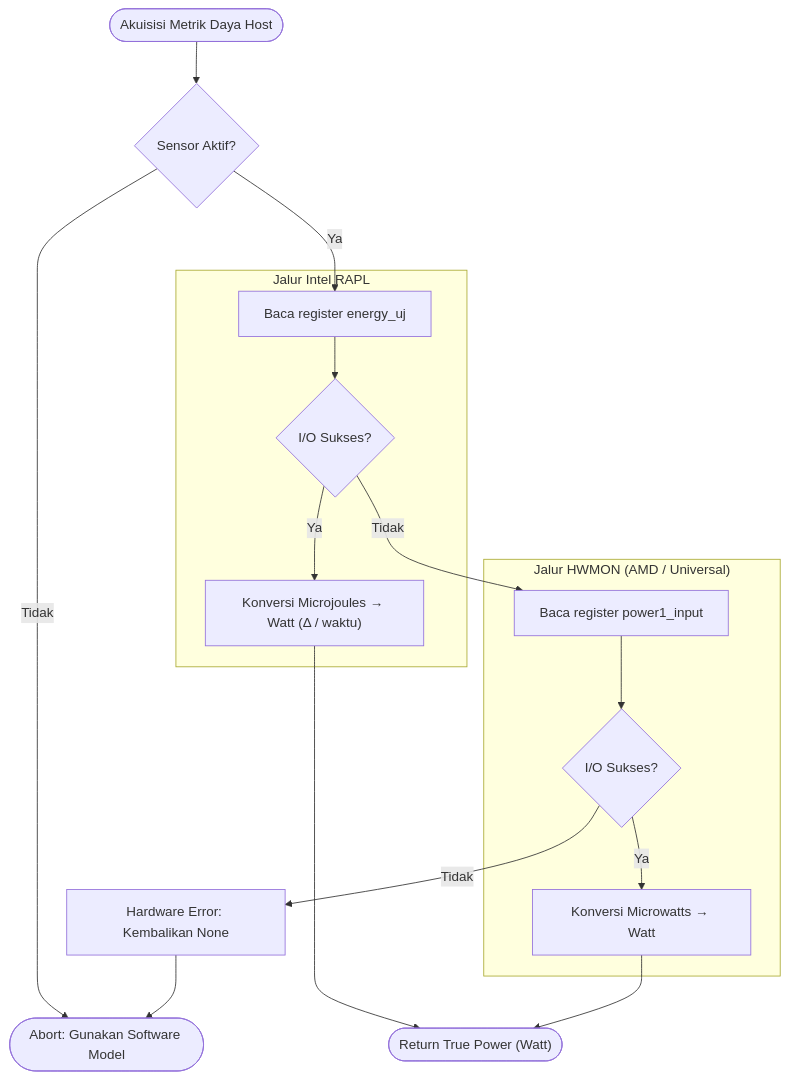
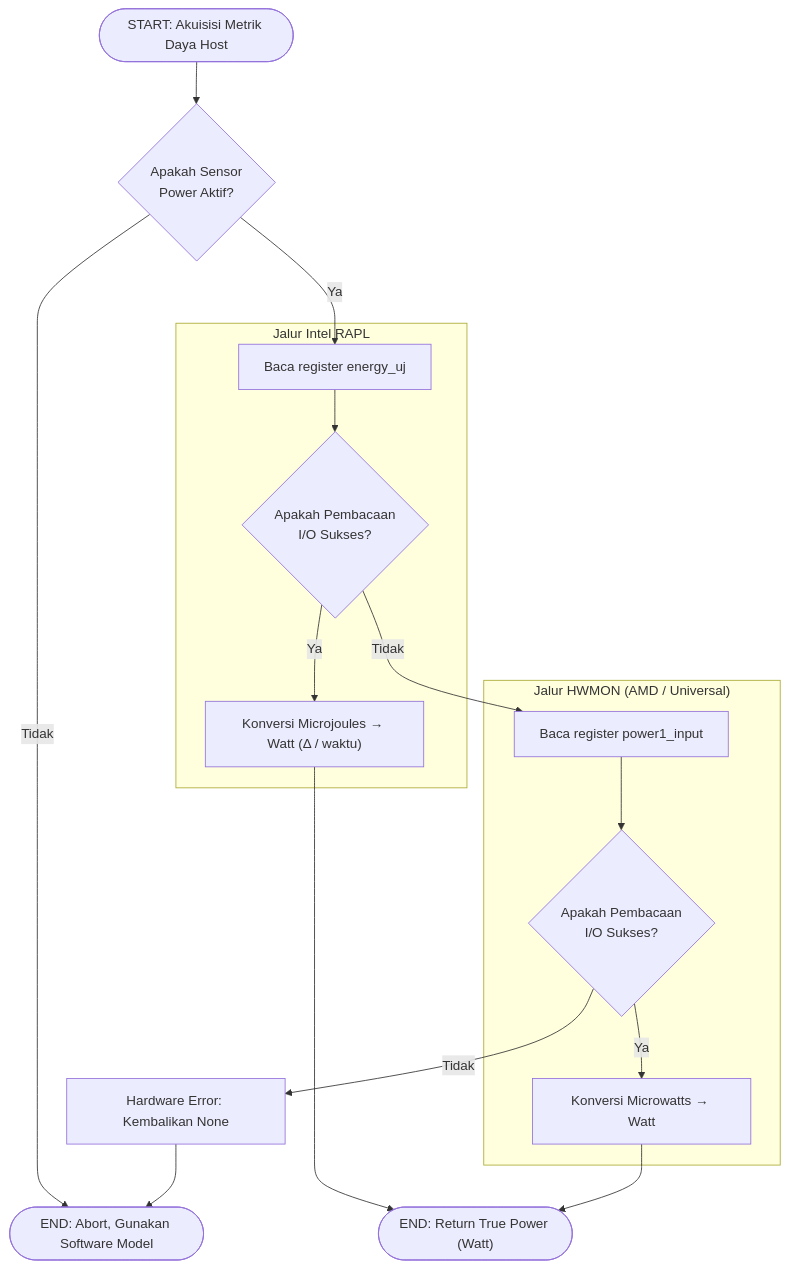
Before and after one commit to fauzanreza/green-container-framework: the second of 2 diagrams in architecture-diagrams/layer-1-profiler/03_hardware_sensor.md, drawn with Mermaid. The commit also changed 17 other files, not shown here.

Commit message:
edit fitur, menyesuaikan Architecture Diagram

````diff
--- a/architecture-diagrams/layer-1-profiler/03_hardware_sensor.md
+++ b/architecture-diagrams/layer-1-profiler/03_hardware_sensor.md
@@ -49,39 +49,39 @@
 ```mermaid
 flowchart TD
-    START(["Akuisisi Metrik Daya Host"])
+    START(["START: Akuisisi Metrik Daya Host"])
 
-    CEK_STATUS{"Sensor Aktif?"}
-    LEWATI(["Abort: Gunakan Software Model"])
+    CEK_STATUS{"Apakah Sensor<br/>Power Aktif?"}
+    SELESAI_LEWAT(["END: Abort, Gunakan Software Model"])
 
     subgraph INTEL["Jalur Intel RAPL"]
         BACA_INTEL["Baca register energy_uj"]
-        STATUS_INTEL{"I/O Sukses?"}
+        STATUS_INTEL{"Apakah Pembacaan<br/>I/O Sukses?"}
         HITUNG_INTEL["Konversi Microjoules → Watt (Δ / waktu)"]
     end
 
     subgraph AMD_GENERIC["Jalur HWMON (AMD / Universal)"]
         BACA_AMD["Baca register power1_input"]
-        STATUS_AMD{"I/O Sukses?"}
+        STATUS_AMD{"Apakah Pembacaan<br/>I/O Sukses?"}
         HITUNG_AMD["Konversi Microwatts → Watt"]
     end
 
     GAGAL["Hardware Error: Kembalikan None"]
 
-    HASIL(["Return True Power (Watt)"])
+    SELESAI(["END: Return True Power (Watt)"])
 
     START --> CEK_STATUS
-    CEK_STATUS -->|Tidak| LEWATI
+    CEK_STATUS -->|Tidak| SELESAI_LEWAT
     CEK_STATUS -->|Ya| BACA_INTEL
 
     BACA_INTEL --> STATUS_INTEL
     STATUS_INTEL -->|Ya| HITUNG_INTEL
     STATUS_INTEL -->|Tidak| BACA_AMD
 
     BACA_AMD --> STATUS_AMD
     STATUS_AMD -->|Ya| HITUNG_AMD
     STATUS_AMD -->|Tidak| GAGAL
 
-    HITUNG_INTEL --> HASIL
-    HITUNG_AMD --> HASIL
-    GAGAL --> LEWATI
+    HITUNG_INTEL --> SELESAI
+    HITUNG_AMD --> SELESAI
+    GAGAL --> SELESAI_LEWAT
 ```
````
